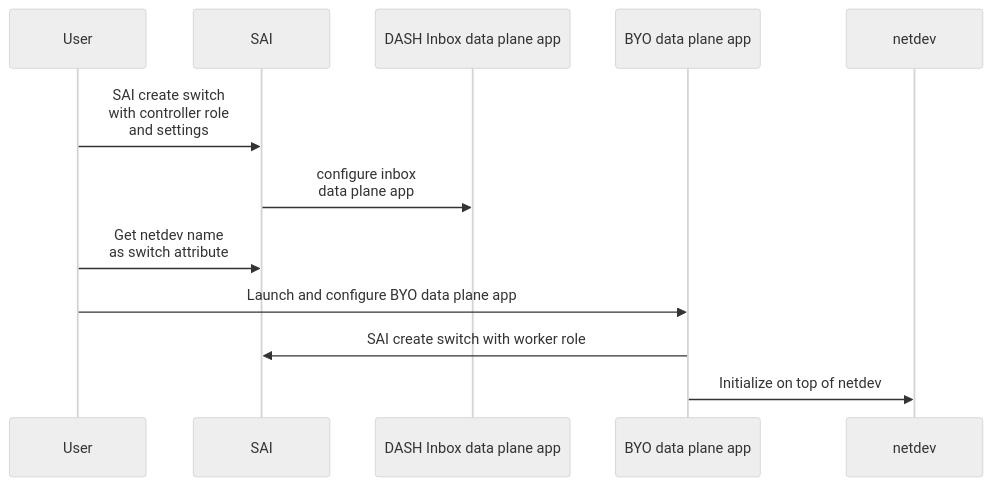
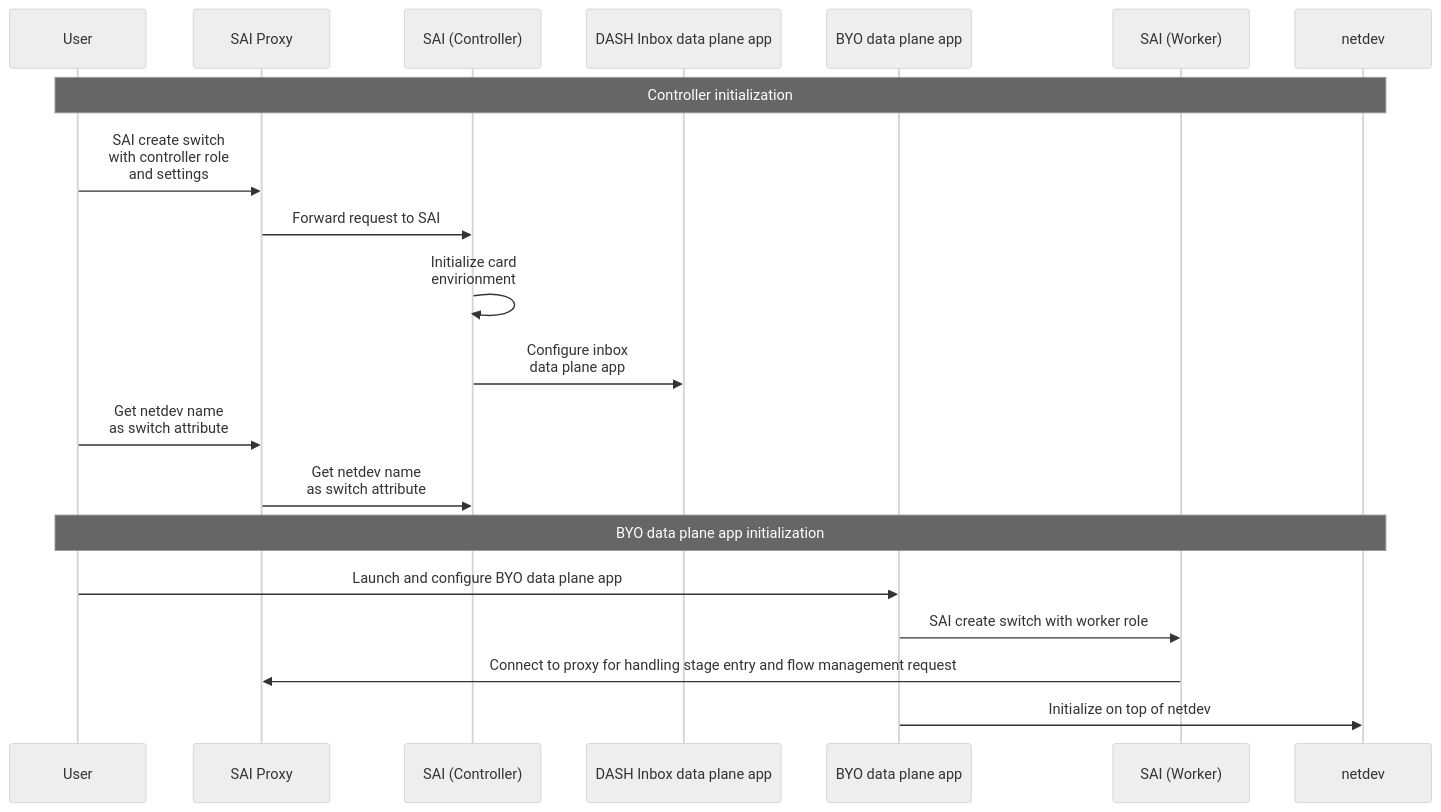
One commit to sonic-net/DASH changed the first of 2 diagrams in documentation/dataplane/dash-byo-data-plane-app.md. Above: the diagram before and after it, drawn with Mermaid (neutral theme). The commit also changed other lines of this file and 1 other file, not shown here.

````diff
--- a/documentation/dataplane/dash-byo-data-plane-app.md
+++ b/documentation/dataplane/dash-byo-data-plane-app.md
@@ -41,16 +60,24 @@
 ```mermaid
 sequenceDiagram
 
 participant User
-participant SAI
+participant SP as SAI Proxy
+participant SC as SAI (Controller)
 participant IDPA as DASH Inbox data plane app
 participant BYODPA as BYO data plane app
+participant SW as SAI (Worker)
 participant netdev
 
-User->>SAI: SAI create switch<br>with controller role<br>and settings
-SAI->>IDPA: configure inbox<br>data plane app
-User->>SAI: Get netdev name<br>as switch attribute
+note over User,netdev: Controller initialization
+User->>SP: SAI create switch<br>with controller role<br>and settings
+SP->>SC: Forward request to SAI
+SC->>SC: Initialize card<br>envirionment
+SC->>IDPA: Configure inbox<br>data plane app
+User->>SP: Get netdev name<br>as switch attribute
+SP->>SC: Get netdev name<br>as switch attribute
+note over User,netdev: BYO data plane app initialization
 User->>BYODPA: Launch and configure BYO data plane app
-BYODPA->>SAI: SAI create switch with worker role
+BYODPA->>SW: SAI create switch with worker role
+SW->>SP: Connect to proxy for handling stage entry and flow management request
 BYODPA->>netdev: Initialize on top of netdev
 ```
````
